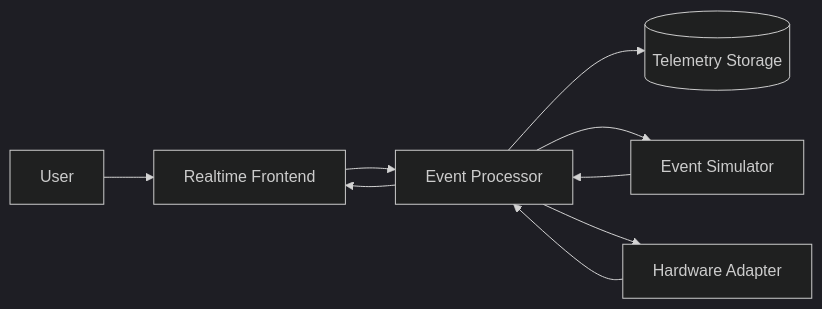
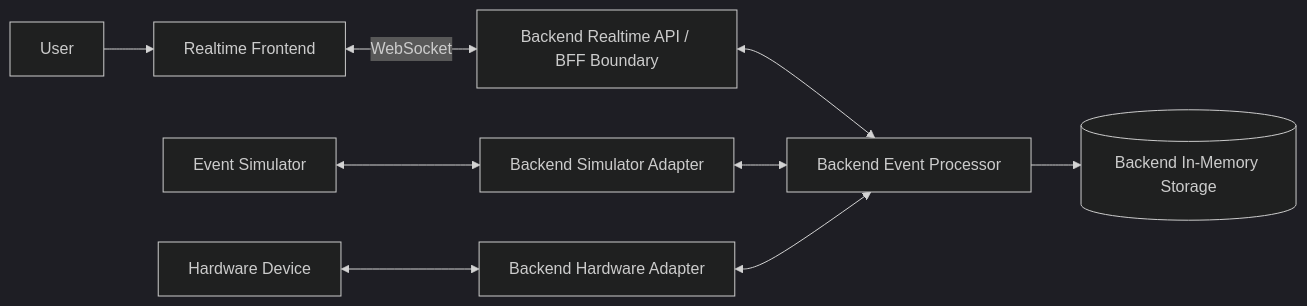
The diagram in docs/architecture/system-context.md (SzymonAntczak/smart-room-realtime-control-platform), drawn with Mermaid (dark theme) before and after one commit. The commit also changed other lines of this file and 9 other files, not shown here.

````diff
--- a/docs/architecture/system-context.md
+++ b/docs/architecture/system-context.md
@@ -3,11 +3,11 @@
 ```mermaid
 flowchart LR
     user[User] --> ui[Realtime Frontend]
-    ui --> backend[Event Processor]
-    backend --> ui
-    backend --> storage[(Telemetry Storage)]
-    simulator[Event Simulator] --> backend
-    backend --> simulator
-    hardware[Hardware Adapter] --> backend
-    backend --> hardware
+    ui <-->|WebSocket| api[Backend Realtime API / BFF Boundary]
+    api <--> processor[Backend Event Processor]
+    processor --> storage[(Backend In-Memory Storage)]
+    simulator[Event Simulator] <--> simAdapter[Backend Simulator Adapter]
+    simAdapter <--> processor
+    hardware[Hardware Device] <--> hardwareAdapter[Backend Hardware Adapter]
+    hardwareAdapter <--> processor
 ```
````
